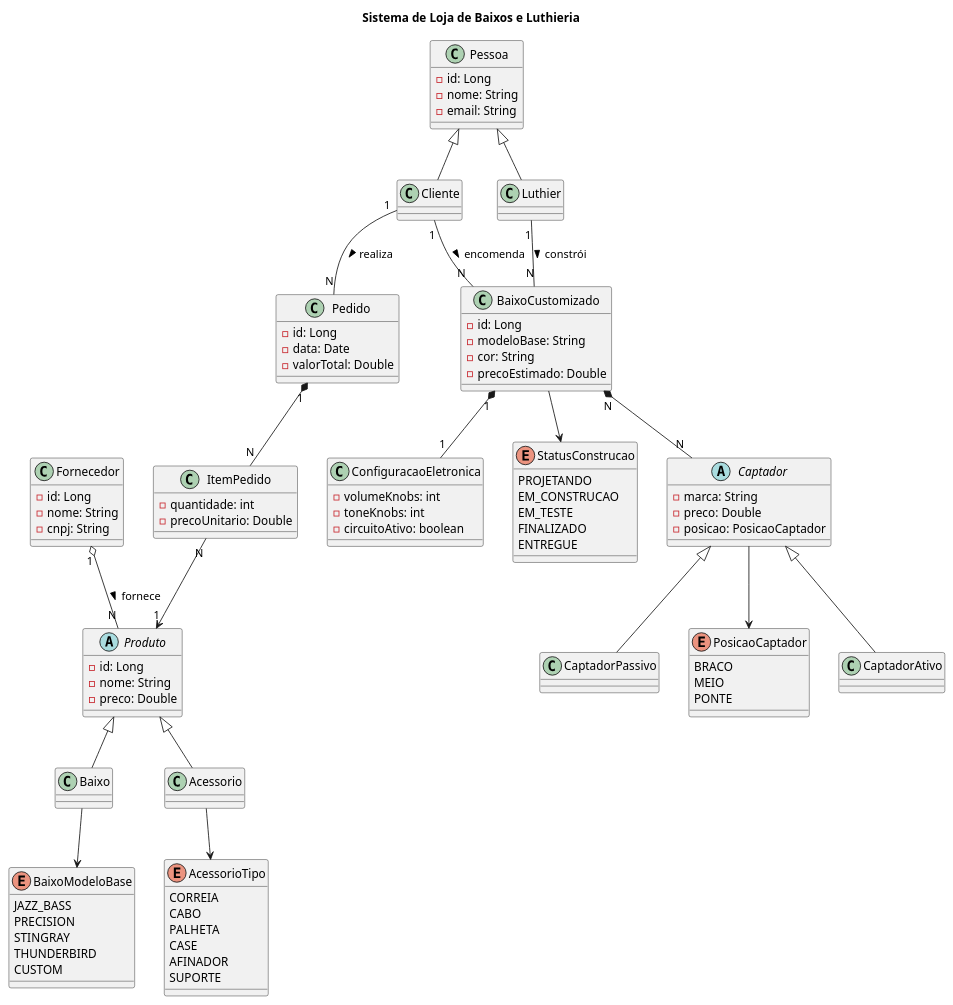
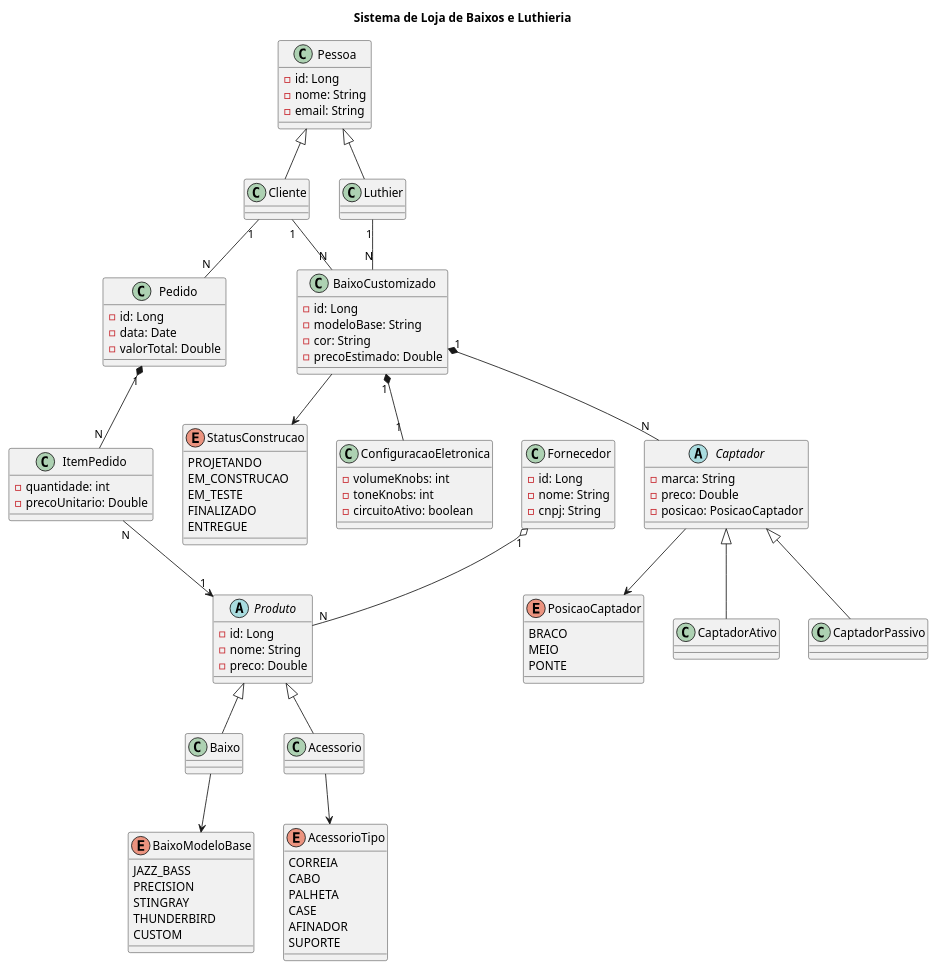
Before and after one commit to diegogalvao-dev/baixo-eletrico-customizado: the diagram in src/main/resources/uml/diagrama baixo eletrico.puml, drawn with PlantUML. The commit also changed 33 other files, not shown here.

```diff
--- a/src/main/resources/uml/diagrama baixo eletrico.puml
+++ b/src/main/resources/uml/diagrama baixo eletrico.puml
@@ -1,140 +1,140 @@
 @startuml
 title Sistema de Loja de Baixos e Luthieria
 
 '=========================
 ' HERANÇA
 '=========================
 class Pessoa {
   - id: Long
   - nome: String
   - email: String
 }
 
 class Cliente
 class Luthier
 
 Pessoa <|-- Cliente
 Pessoa <|-- Luthier
 
 '=========================
 ' LOJA
 '=========================
 abstract class Produto {
   - id: Long
   - nome: String
   - preco: Double
 }
 
 class Baixo
 
 enum BaixoModeloBase {
     JAZZ_BASS
     PRECISION
     STINGRAY
     THUNDERBIRD
     CUSTOM
 }
 
 Baixo --> BaixoModeloBase
 
 class Acessorio
 
 enum AcessorioTipo {
     CORREIA
     CABO
     PALHETA
     CASE
     AFINADOR
     SUPORTE
 }
 
 Acessorio --> AcessorioTipo
 
 Produto <|-- Baixo
 Produto <|-- Acessorio
 
 class Pedido {
   - id: Long
   - data: Date
   - valorTotal: Double
 }
 
 class ItemPedido {
   - quantidade: int
   - precoUnitario: Double
 }
 
-Cliente "1" -- "N" Pedido : realiza >
+Cliente "1" -- "N" Pedido
 Pedido "1" *-- "N" ItemPedido
 ItemPedido "N" --> "1" Produto
 
 '=========================
 ' FORNECEDOR (AGREGAÇÃO)
 '=========================
 class Fornecedor {
   - id: Long
   - nome: String
   - cnpj: String
 }
 
-Fornecedor "1" o-- "N" Produto : fornece >
+Fornecedor "1" o-- "N" Produto
 
 '=========================
 ' LUTHIERIA
 '=========================
 class BaixoCustomizado {
   - id: Long
   - modeloBase: String
   - cor: String
   - precoEstimado: Double
 }
 
-Cliente "1" -- "N" BaixoCustomizado : encomenda >
-Luthier "1" -- "N" BaixoCustomizado : constrói >
+Cliente "1" -- "N" BaixoCustomizado
+Luthier "1" -- "N" BaixoCustomizado
 
 enum StatusConstrucao {
   PROJETANDO
   EM_CONSTRUCAO
   EM_TESTE
   FINALIZADO
   ENTREGUE
 }
 
 BaixoCustomizado --> StatusConstrucao
 
 '=========================
 ' COMPOSIÇÃO
 '=========================
 class ConfiguracaoEletronica {
   - volumeKnobs: int
   - toneKnobs: int
   - circuitoAtivo: boolean
 }
 
 BaixoCustomizado "1" *-- "1" ConfiguracaoEletronica
 
 '=========================
 ' CAPTADORES
 '=========================
 enum PosicaoCaptador {
   BRACO
   MEIO
   PONTE
 }
 
 abstract class Captador {
   - marca: String
   - preco: Double
   - posicao: PosicaoCaptador
 }
 
 class CaptadorAtivo
 class CaptadorPassivo
 
 Captador <|-- CaptadorAtivo
 Captador <|-- CaptadorPassivo
 Captador --> PosicaoCaptador
 
-BaixoCustomizado "N" *-- "N" Captador
+BaixoCustomizado "1" *-- "N" Captador
 
 @enduml
```
